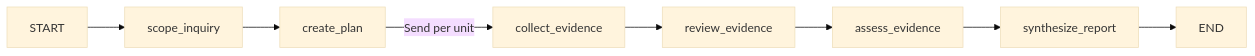
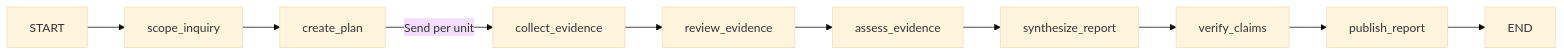
Before and after one commit to ChrBoebel/Abundance: the second of 2 diagrams in docs/architecture.md, drawn with Mermaid (base theme). The commit also changed other lines of this file and 28 other files, not shown here.

````diff
--- a/docs/architecture.md
+++ b/docs/architecture.md
@@ -58,10 +62,12 @@
 ```mermaid
 flowchart LR
     START --> Scope[scope_inquiry]
     Scope --> Plan[create_plan]
     Plan -->|Send per unit| Collect[collect_evidence]
     Collect --> Review[review_evidence]
     Review --> Assess[assess_evidence]
     Assess --> Synthesize[synthesize_report]
-    Synthesize --> END
+    Synthesize --> Verify[verify_claims]
+    Verify --> Publish[publish_report]
+    Publish --> END
 ```
````
